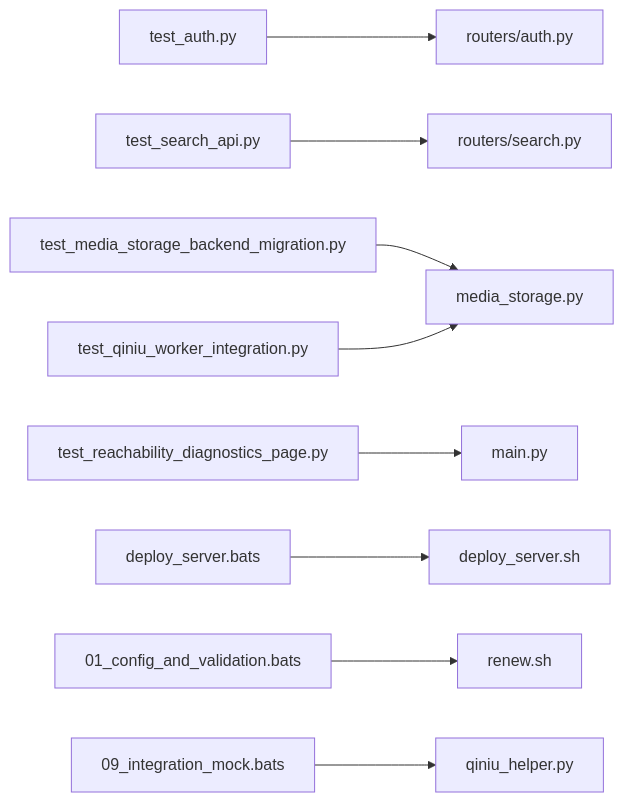
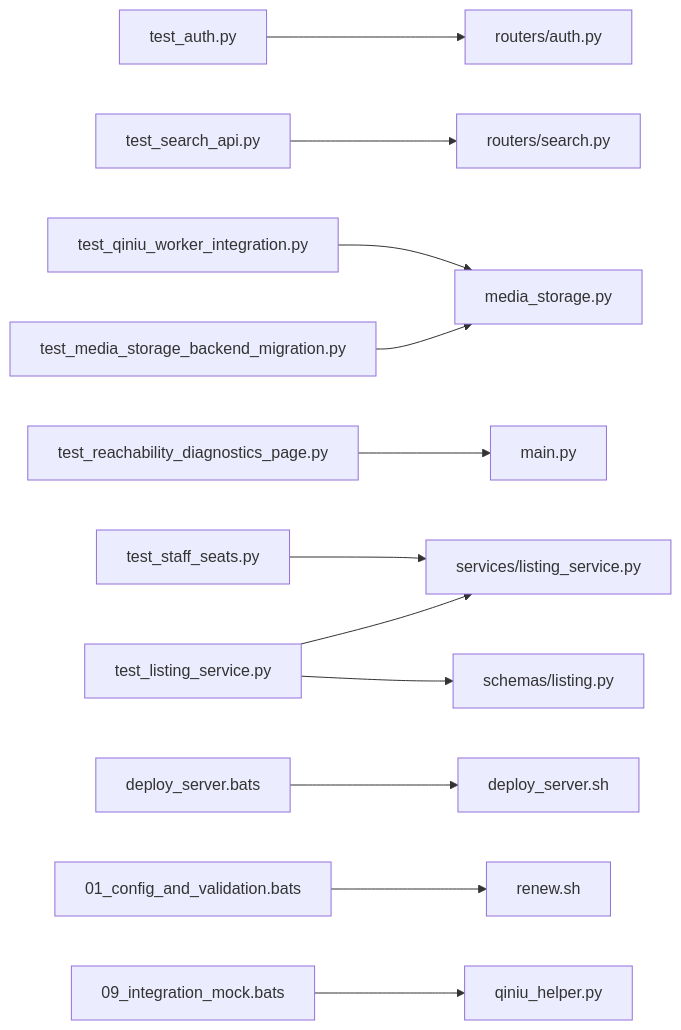
Diagram 12 of 12 in .qoder/repowiki/en/content/Testing & Quality Assurance/Testing & Quality Assurance.md (zuohaisu/wecom-archive), drawn with Mermaid before and after one commit. The commit also changed other lines of this file and 148 other files, not shown here.

````diff
--- a/.qoder/repowiki/en/content/Testing & Quality Assurance/Testing & Quality Assurance.md
+++ b/.qoder/repowiki/en/content/Testing & Quality Assurance/Testing & Quality Assurance.md
@@ -386,11 +492,14 @@
 ```mermaid
 graph LR
 TA["test_auth.py"] --> RA["routers/auth.py"]
 TS["test_search_api.py"] --> RS["routers/search.py"]
 TM["test_media_storage_backend_migration.py"] --> MS["media_storage.py"]
 TW["test_qiniu_worker_integration.py"] --> MS
 TD["test_reachability_diagnostics_page.py"] --> M["main.py"]
+TL["test_listing_service.py"] --> LS["services/listing_service.py"]
+TL --> SL["schemas/listing.py"]
+TS2["test_staff_seats.py"] --> LS
 SB["deploy_server.bats"] --> DS["deploy_server.sh"]
 SR["01_config_and_validation.bats"] --> RN["renew.sh"]
 SI["09_integration_mock.bats"] --> QH["qiniu_helper.py"]
 ```
````
